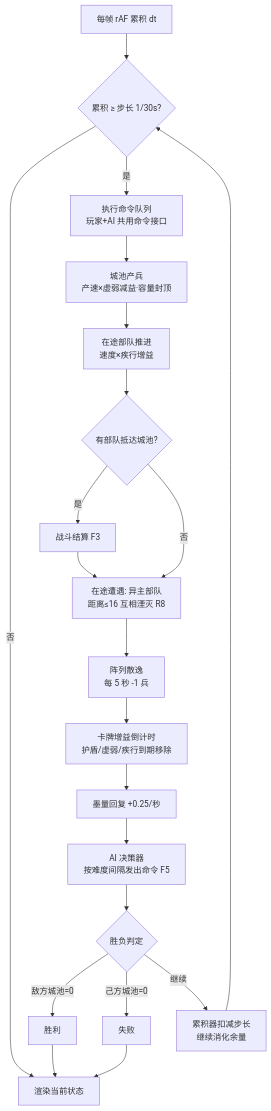
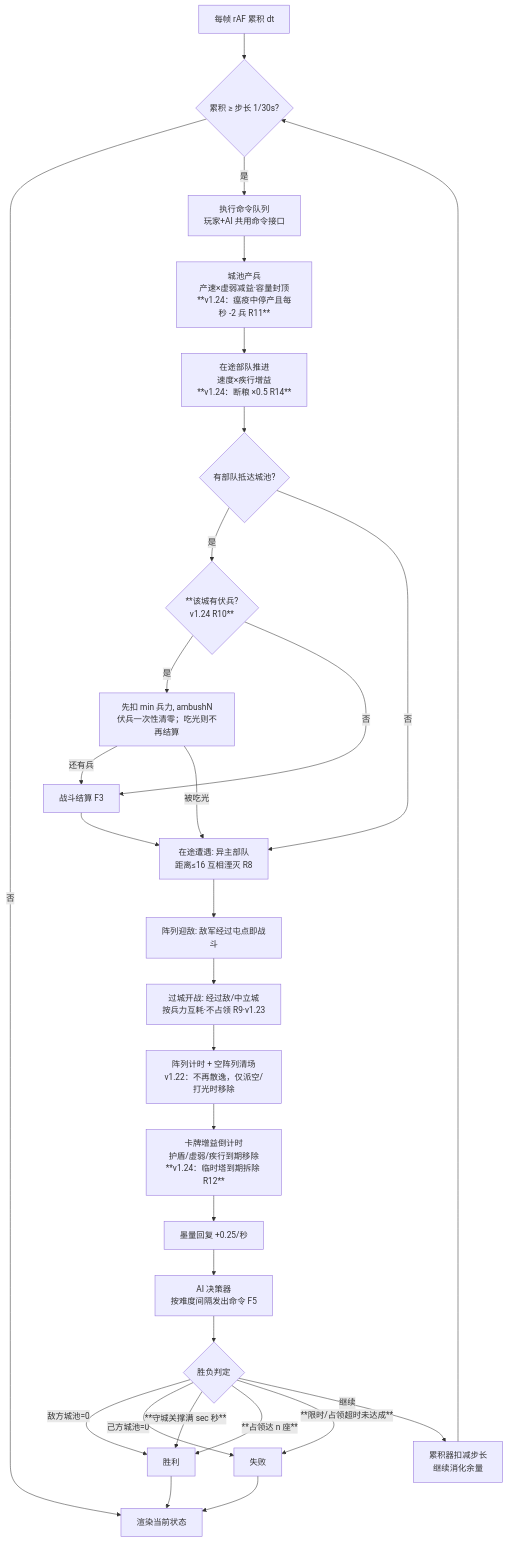
Before and after one commit to runnow815/vibeproject: the second of 5 diagrams in project8/docs/需求文档.md, drawn with Mermaid. The commit also changed other lines of this file and 82 other files, not shown here.

````diff
--- a/project8/docs/需求文档.md
+++ b/project8/docs/需求文档.md
@@ -200,23 +543,33 @@
 ```mermaid
 flowchart TD
     T0[每帧 rAF 累积 dt] --> T1{累积 ≥ 步长 1/30s?}
     T1 -->|否| R[渲染当前状态]
     T1 -->|是| T2[执行命令队列<br/>玩家+AI 共用命令接口]
-    T2 --> T3[城池产兵<br/>产速×虚弱减益·容量封顶]
-    T3 --> T4[在途部队推进<br/>速度×疾行增益]
+    T2 --> T3[城池产兵<br/>产速×虚弱减益·容量封顶<br/>**v1.24：瘟疫中停产且每秒 -2 兵 R11**]
+    T3 --> T4[在途部队推进<br/>速度×疾行增益<br/>**v1.24：断粮 ×0.5 R14**]
     T4 --> T5{有部队抵达城池?}
-    T5 -->|是| S1[战斗结算 F3]
+    T5 -->|是| S0{**该城有伏兵?<br/>v1.24 R10**}
+    S0 -->|是| S0a[先扣 min 兵力, ambushN<br/>伏兵一次性清零；吃光则不再结算]
+    S0 -->|否| S1
+    S0a -->|还有兵| S1
+    S0a -->|被吃光| S2
     T5 -->|否| S2
+    S1[战斗结算 F3]
     S1 --> S2[在途遭遇: 异主部队<br/>距离≤16 互相湮灭 R8]
-    S2 --> T6[阵列散逸<br/>每 5 秒 -1 兵]
-    T6 --> T7[卡牌增益倒计时<br/>护盾/虚弱/疾行到期移除]
+    S2 --> S2b[阵列迎敌: 敌军经过屯点即战斗]
+    S2b --> S2c[过城开战: 经过敌/中立城<br/>按兵力互耗·不占领 R9·v1.23]
+    S2c --> T6[阵列计时 + 空阵列清场<br/>v1.22：不再散逸，仅派空/打光时移除]
+    T6 --> T7[卡牌增益倒计时<br/>护盾/虚弱/疾行到期移除<br/>**v1.24：临时塔到期拆除 R12**]
     T7 --> T8[墨量回复 +0.25/秒]
     T8 --> T9[AI 决策器<br/>按难度间隔发出命令 F5]
     T9 --> T10{胜负判定}
     T10 -->|敌方城池=0| V[胜利]
     T10 -->|己方城池=0| D[失败]
+    T10 -->|**守城关撑满 sec 秒**| V
+    T10 -->|**占领达 n 座**| V
+    T10 -->|**限时/占领超时未达成**| D
     T10 -->|继续| T11[累积器扣减步长<br/>继续消化余量]
     T11 --> T1
     V --> R
     D --> R
 ```
````
